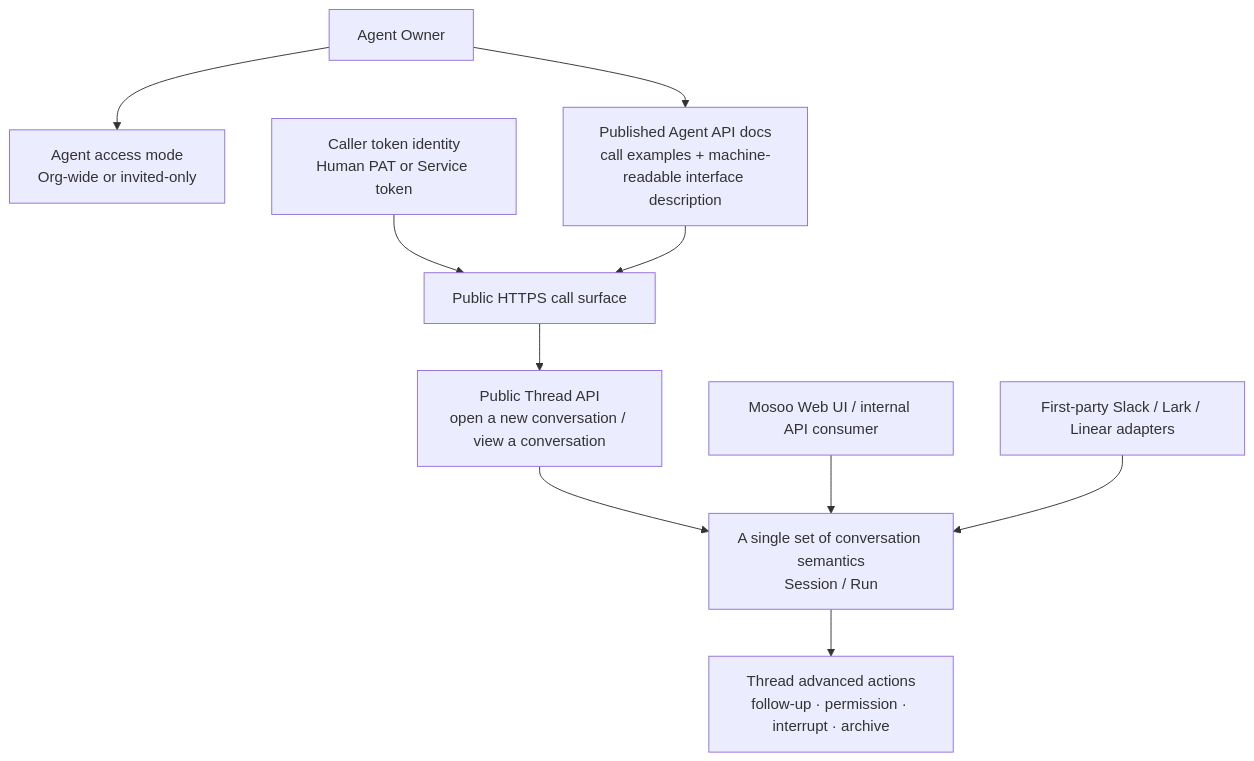
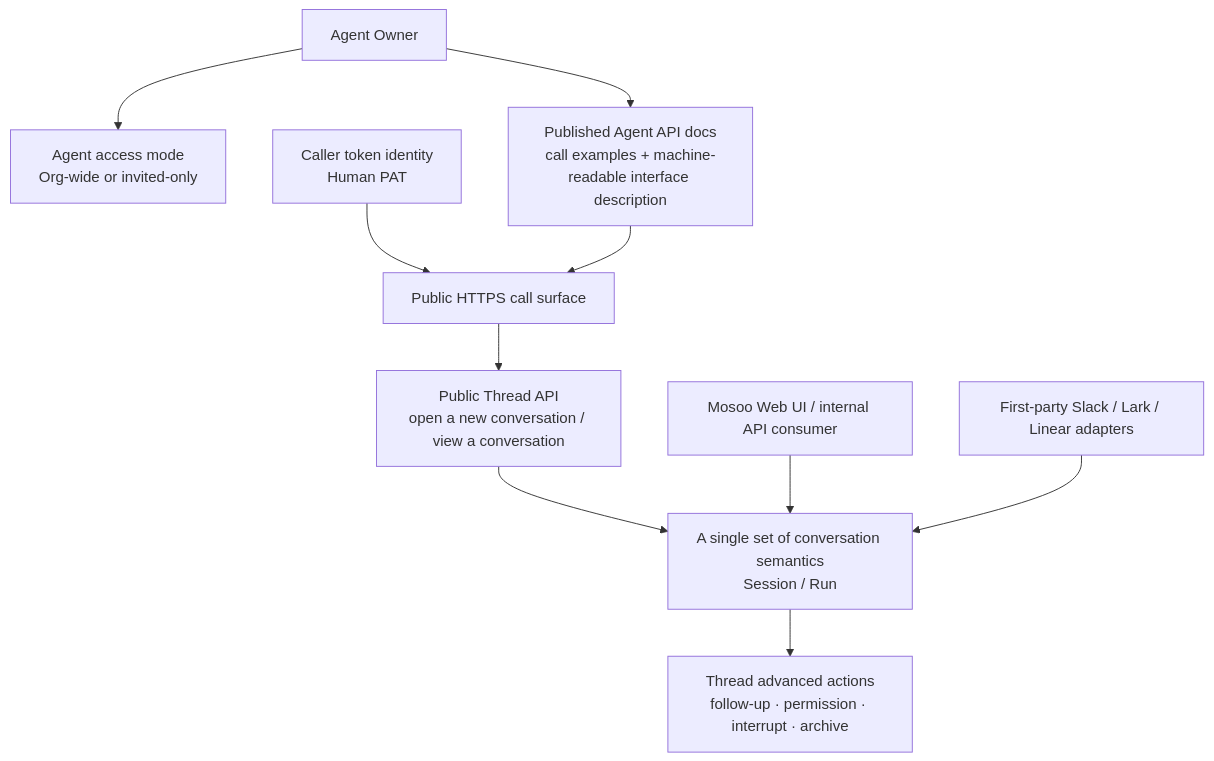
One commit to langgenius/mosoo changed the second of 2 diagrams in dev/prd/published-agent-api-surface.md. Above: the diagram before and after it, drawn with Mermaid. The commit also changed other lines of this file and 46 other files, not shown here.

````diff
--- a/dev/prd/published-agent-api-surface.md
+++ b/dev/prd/published-agent-api-surface.md
@@ -111,23 +109,23 @@
 ```mermaid
 flowchart TD
   Owner["Agent Owner"]
   Access["Agent access mode<br/>Org-wide or invited-only"]
   Docs["Published Agent API docs<br/>call examples + machine-readable interface description"]
-  Token["Caller token identity<br/>Human PAT or Service token"]
+  Token["Caller token identity<br/>Human PAT"]
   PublicAPI["Public HTTPS call surface"]
   ThreadAPI["Public Thread API<br/>open a new conversation / view a conversation"]
   AppContract["A single set of conversation semantics<br/>Session / Run"]
   SessionAPI["Thread advanced actions<br/>follow-up · permission · interrupt · archive"]
   WebUI["Mosoo Web UI / internal API consumer"]
   Adapters["First-party Slack / Lark / Linear adapters"]
 
   Owner --> Access
   Owner --> Docs
   Token --> PublicAPI
   Docs --> PublicAPI
   PublicAPI --> ThreadAPI
   ThreadAPI --> AppContract
   AppContract --> SessionAPI
   WebUI --> AppContract
   Adapters --> AppContract
 ```
````
